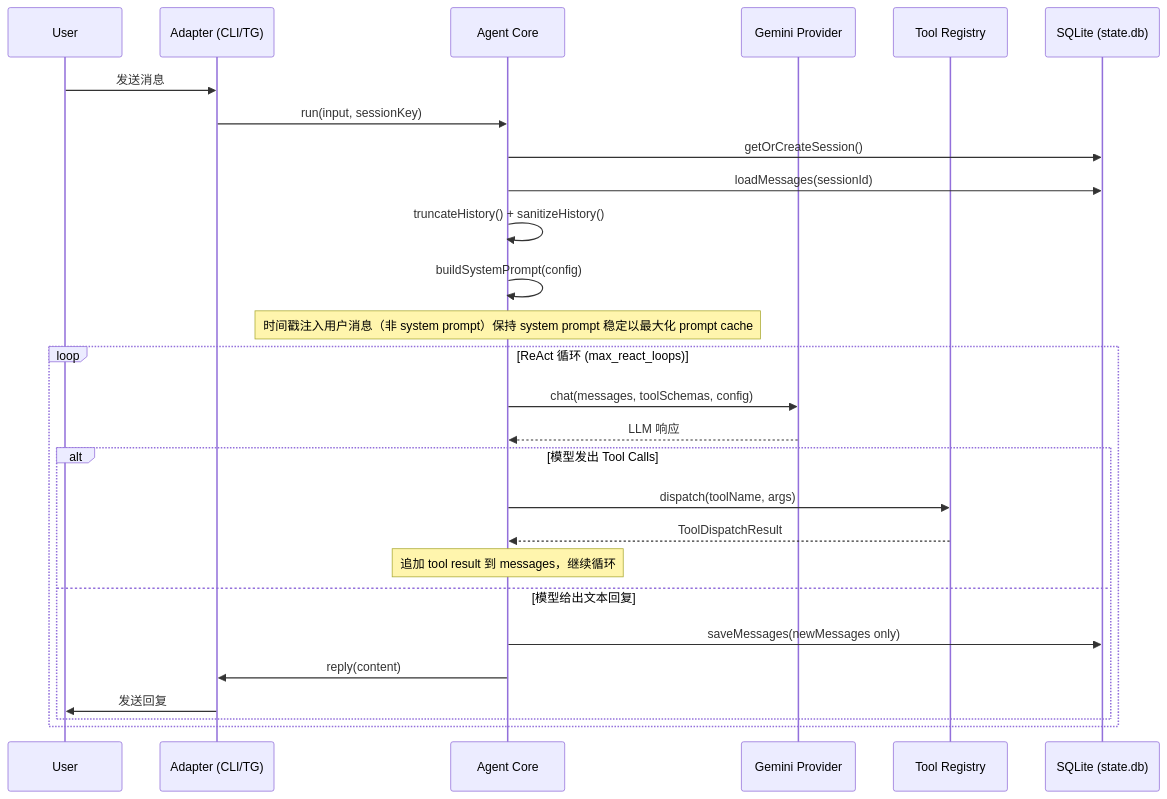
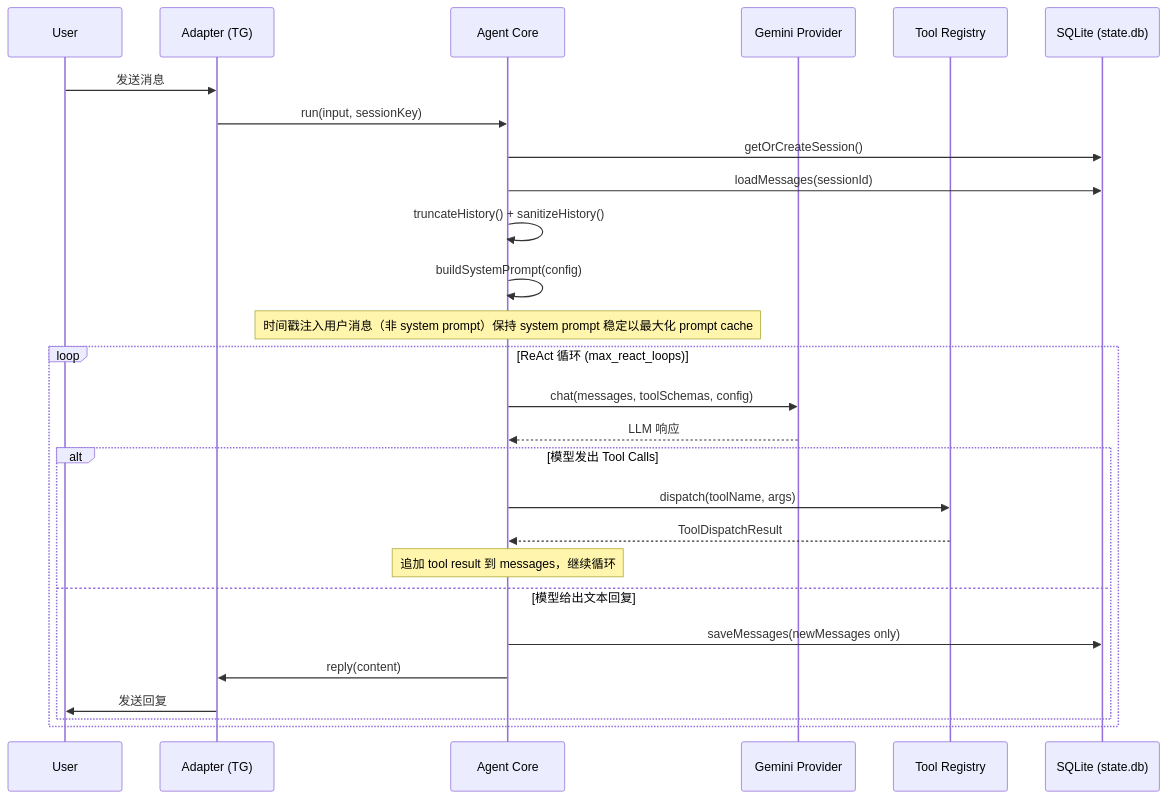
Before and after one commit to boltguo/anya: the diagram in README.md, drawn with Mermaid. The commit also changed other lines of this file and 11 other files, not shown here.

````diff
--- a/README.md
+++ b/README.md
@@ -145,31 +145,31 @@
 ```mermaid
 sequenceDiagram
   participant User as User
-  participant Adapter as Adapter (CLI/TG)
+  participant Adapter as Adapter (TG)
   participant Agent as Agent Core
   participant Provider as Gemini Provider
   participant Tools as Tool Registry
   participant DB as SQLite (state.db)
 
   User->>Adapter: 发送消息
   Adapter->>Agent: run(input, sessionKey)
   Agent->>DB: getOrCreateSession()
   Agent->>DB: loadMessages(sessionId)
   Agent->>Agent: truncateHistory() + sanitizeHistory()
   Agent->>Agent: buildSystemPrompt(config)
   Note over Agent: 时间戳注入用户消息（非 system prompt）保持 system prompt 稳定以最大化 prompt cache
 
   loop ReAct 循环 (max_react_loops)
     Agent->>Provider: chat(messages, toolSchemas, config)
     Provider-->>Agent: LLM 响应
     alt 模型发出 Tool Calls
       Agent->>Tools: dispatch(toolName, args)
       Tools-->>Agent: ToolDispatchResult
       Note over Agent: 追加 tool result 到 messages，继续循环
     else 模型给出文本回复
       Agent->>DB: saveMessages(newMessages only)
       Agent->>Adapter: reply(content)
       Adapter->>User: 发送回复
     end
   end
 ```
````
